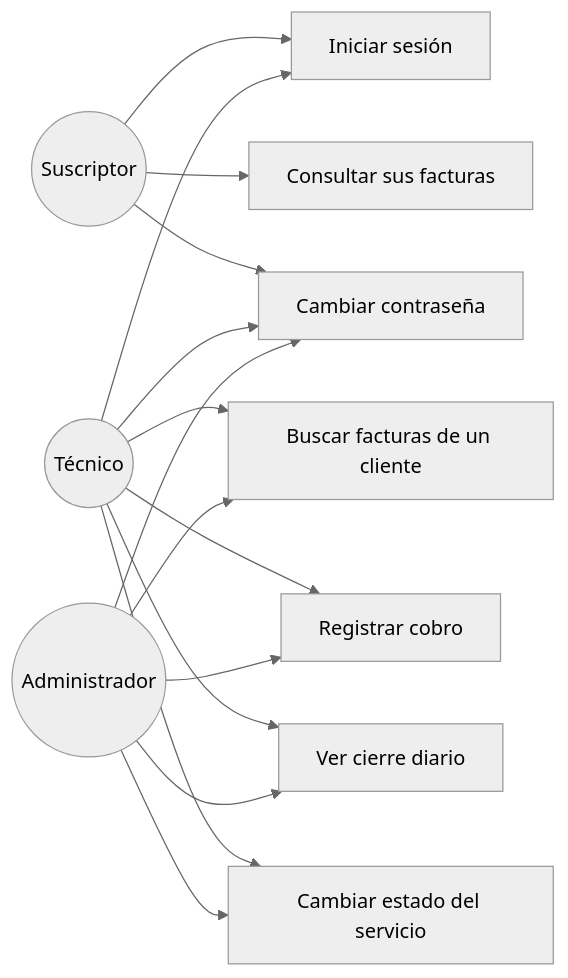
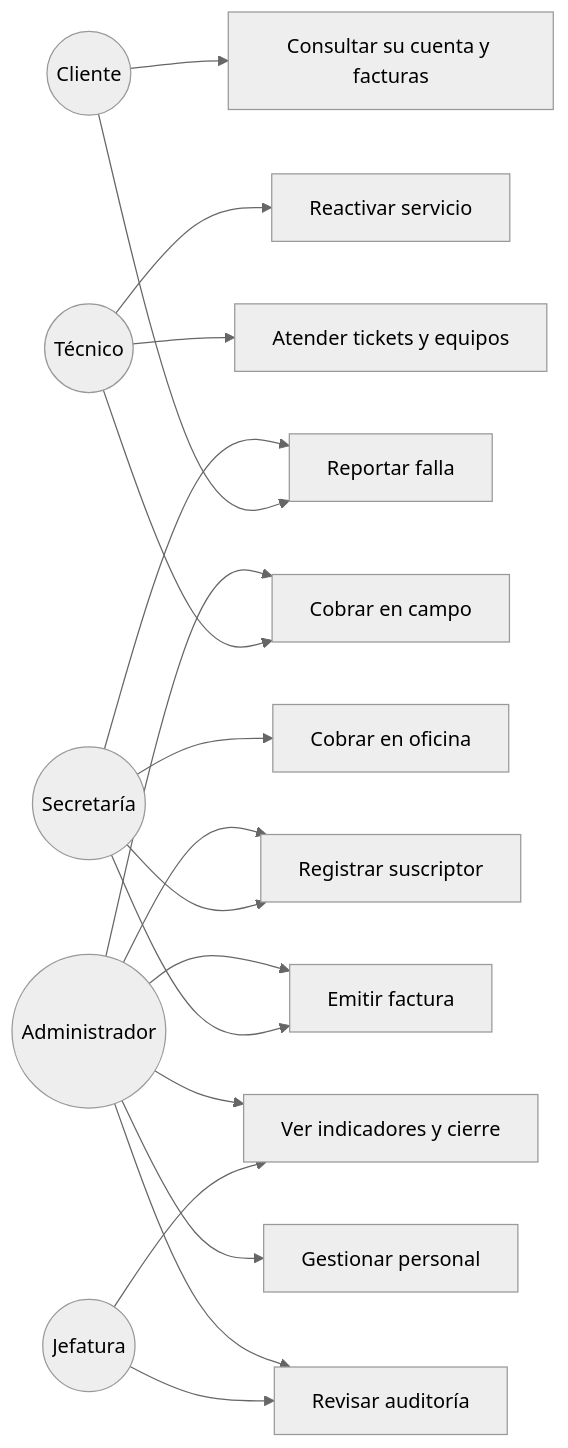
One commit to hperezc16-blip/fiver-cable-devops-demo changed the fourth of 5 diagrams in docs/entrega-final.md. Above: the diagram before and after it, drawn with Mermaid (neutral theme). The commit also changed other lines of this file and 29 other files, not shown here.

````diff
--- a/docs/entrega-final.md
+++ b/docs/entrega-final.md
@@ -366,13 +419,16 @@
 ```mermaid
 flowchart LR
-    S((Suscriptor)) --> UC1[Iniciar sesión]
-    S --> UC2[Consultar sus facturas]
-    S --> UC7[Cambiar contraseña]
-    T((Técnico)) --> UC1
-    T --> UC3[Buscar facturas de un cliente]
-    T --> UC4[Registrar cobro]
-    T --> UC5[Ver cierre diario]
-    T --> UC6[Cambiar estado del servicio]
-    T --> UC7
-    A((Administrador)) --> UC3 & UC4 & UC5 & UC6 & UC7
+    C((Cliente)) --> UC1[Consultar su cuenta y facturas]
+    C --> UC2[Reportar falla]
+    T((Técnico)) --> UC3[Cobrar en campo]
+    T --> UC4[Reactivar servicio]
+    T --> UC5[Atender tickets y equipos]
+    SE((Secretaría)) --> UC6[Registrar suscriptor]
+    SE --> UC7[Emitir factura]
+    SE --> UC8[Cobrar en oficina]
+    SE --> UC2
+    J((Jefatura)) --> UC9[Ver indicadores y cierre]
+    J --> UC10[Revisar auditoría]
+    A((Administrador)) --> UC3 & UC6 & UC7 & UC9 & UC10
+    A --> UC11[Gestionar personal]
 ```
````
